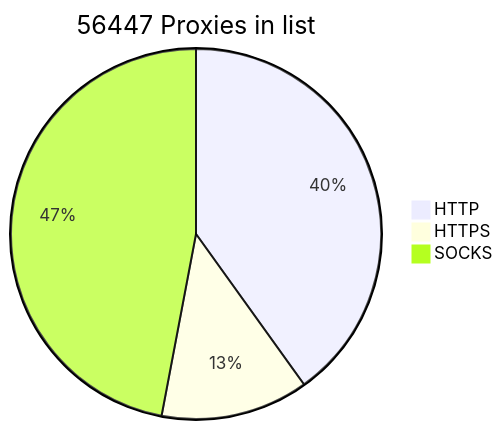
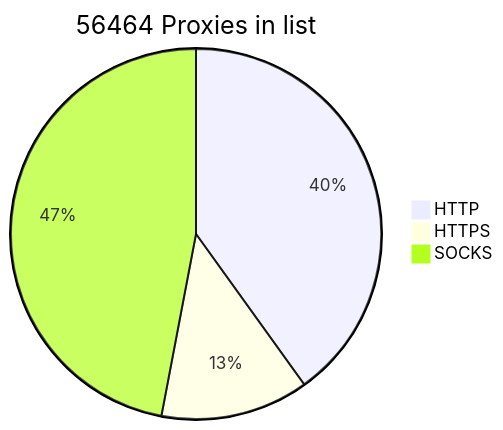
The diagram in README.md (BlackSnowDot/proxylist-update-every-minute), drawn with Mermaid before and after one commit.

````diff
--- a/README.md
+++ b/README.md
@@ -2,6 +2,6 @@
 ```mermaid
-pie title 56447 Proxies in list
-    "HTTP" : 25401
-    "HTTPS": 8167
+pie title 56464 Proxies in list
+    "HTTP" : 25400
+    "HTTPS": 8186
     "SOCKS" : 29791
 ```
````
